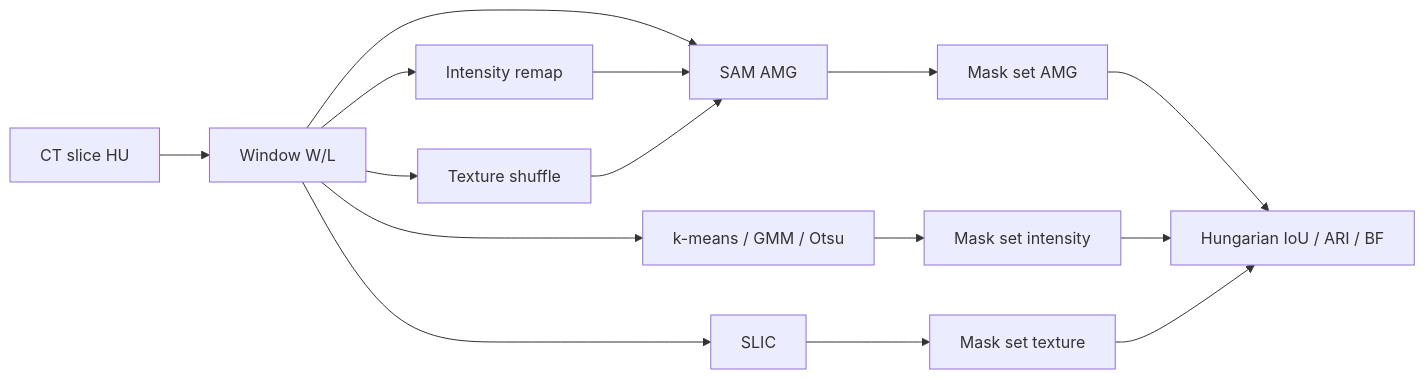
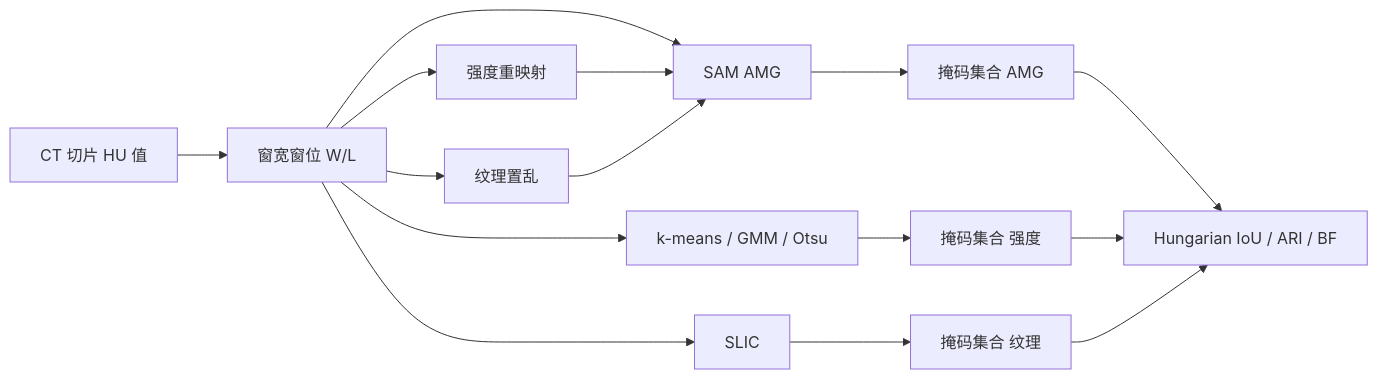
The diagram in Windows6/Idea_01/diagrams/system.md (songkang688/idea), drawn with Mermaid before and after one commit. The commit also changed 7 other files, not shown here.

Commit message:
docs(i18n): translate Windows6 diagrams, references, Idea_01 roadmap and literature to Chinese

````diff
--- a/Windows6/Idea_01/diagrams/system.md
+++ b/Windows6/Idea_01/diagrams/system.md
@@ -1,17 +1,17 @@
 ```mermaid
 flowchart LR
-  CT[CT slice HU] --> W[Window W/L]
+  CT[CT 切片 HU 值] --> W[窗宽窗位 W/L]
   W --> SAM[SAM AMG]
   W --> KM[k-means / GMM / Otsu]
   W --> SP[SLIC]
-  SAM --> M1[Mask set AMG]
-  KM --> M2[Mask set intensity]
-  SP --> M3[Mask set texture]
+  SAM --> M1[掩码集合 AMG]
+  KM --> M2[掩码集合 强度]
+  SP --> M3[掩码集合 纹理]
   M1 --> AGR[Hungarian IoU / ARI / BF]
   M2 --> AGR
   M3 --> AGR
-  W --> CF1[Intensity remap]
-  W --> CF2[Texture shuffle]
+  W --> CF1[强度重映射]
+  W --> CF2[纹理置乱]
   CF1 --> SAM
   CF2 --> SAM
 ```
````
